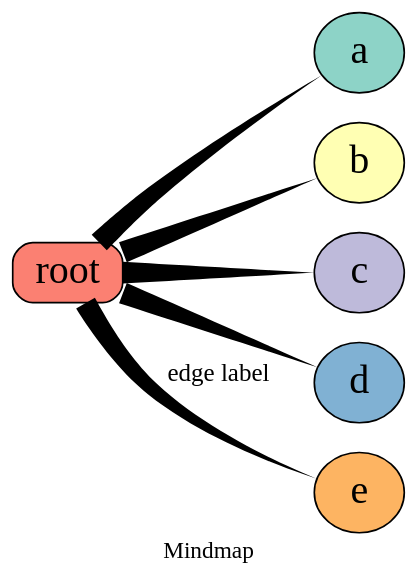
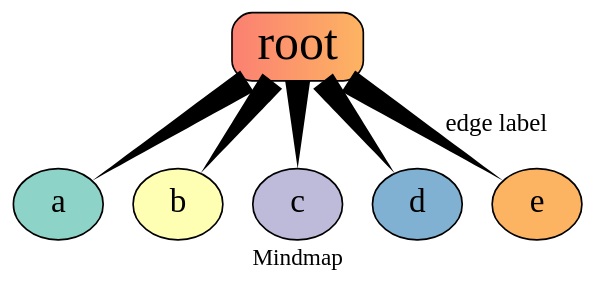
The diagram in content/diagrams/mindmap.dot (avimehenwal/mydocs), drawn with Graphviz before and after one commit. The commit also changed 12 other files, not shown here.

Commit message:
feat(plugin): :art: Tring to use d3-graphviz to draw graphs directlly from dot sourceunsuccessful

```diff
--- a/content/diagrams/mindmap.dot
+++ b/content/diagrams/mindmap.dot
@@ -1,17 +1,17 @@
 digraph mindmap {
+  bgcolor="transparent"
   label = "Mindmap"
-  bgcolor="transparent"
-  rankdir=LR
-  node [fontsize=24, colorscheme=set312, style=filled]
 
-  root [fillcolor=4 shape=box style="rounded,filled"]
-  a [fillcolor=1 style=radial]
-  b [fillcolor=2 style=radial]
+  node [fontsize=20 style=filled colorscheme=set312]
+  edge [fontsize=15 style=tapered penwidth=15 arrowhead=none ]
+
+  root [ fontsize=30 fillcolor="4:6" shape=box style="rounded,filled" ]
+  a [fillcolor=1]
+  b [fillcolor=2]
   c [fillcolor=3]
   d [fillcolor=5]
   e [fillcolor=6]
 
-  edge [style=tapered penwidth=13 arrowhead=none fontsize=15]
   root -> {a b c d}
   root -> e [label="edge label"]
 }
```
